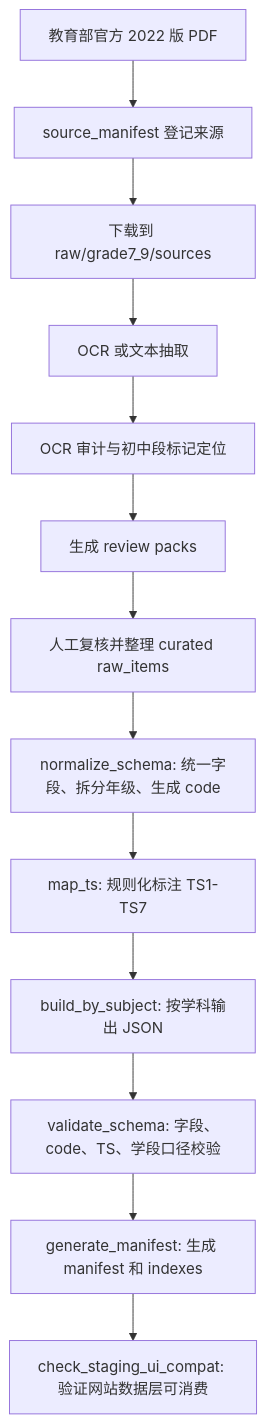
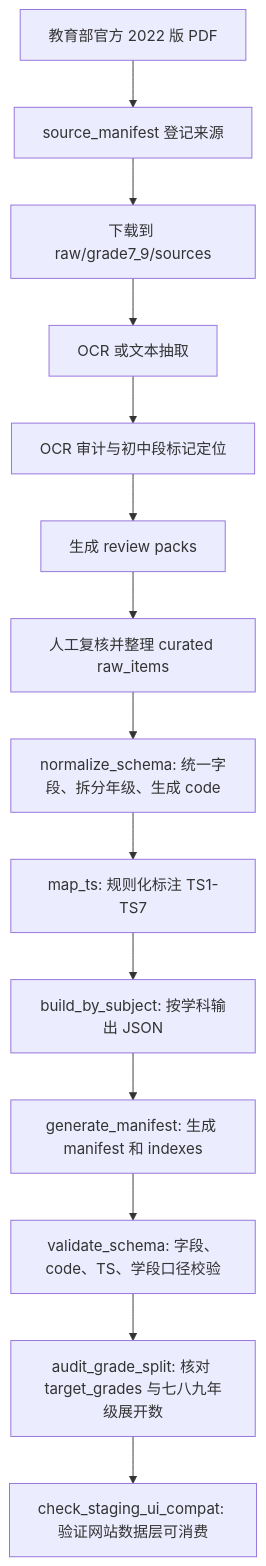
Before and after one commit to NBrangerF/curriculum-standards-breakdown: the diagram in docs/CURRICULUM_STANDARD_BREAKDOWN_METHOD_CURRENT.md, drawn with Mermaid. The commit also changed other lines of this file and 7 other files, not shown here.

Commit message:
test: audit grade 7-9 grade split

````diff
--- a/docs/CURRICULUM_STANDARD_BREAKDOWN_METHOD_CURRENT.md
+++ b/docs/CURRICULUM_STANDARD_BREAKDOWN_METHOD_CURRENT.md
@@ -159,15 +160,16 @@
 ```mermaid
 flowchart TD
   A["教育部官方 2022 版 PDF"] --> B["source_manifest 登记来源"]
   B --> C["下载到 raw/grade7_9/sources"]
   C --> D["OCR 或文本抽取"]
   D --> E["OCR 审计与初中段标记定位"]
   E --> F["生成 review packs"]
   F --> G["人工复核并整理 curated raw_items"]
   G --> H["normalize_schema: 统一字段、拆分年级、生成 code"]
   H --> I["map_ts: 规则化标注 TS1-TS7"]
   I --> J["build_by_subject: 按学科输出 JSON"]
-  J --> K["validate_schema: 字段、code、TS、学段口径校验"]
-  K --> L["generate_manifest: 生成 manifest 和 indexes"]
-  L --> M["check_staging_ui_compat: 验证网站数据层可消费"]
+  J --> K["generate_manifest: 生成 manifest 和 indexes"]
+  K --> L["validate_schema: 字段、code、TS、学段口径校验"]
+  L --> M["audit_grade_split: 核对 target_grades 与七八九年级展开数"]
+  M --> N["check_staging_ui_compat: 验证网站数据层可消费"]
 ```
````
